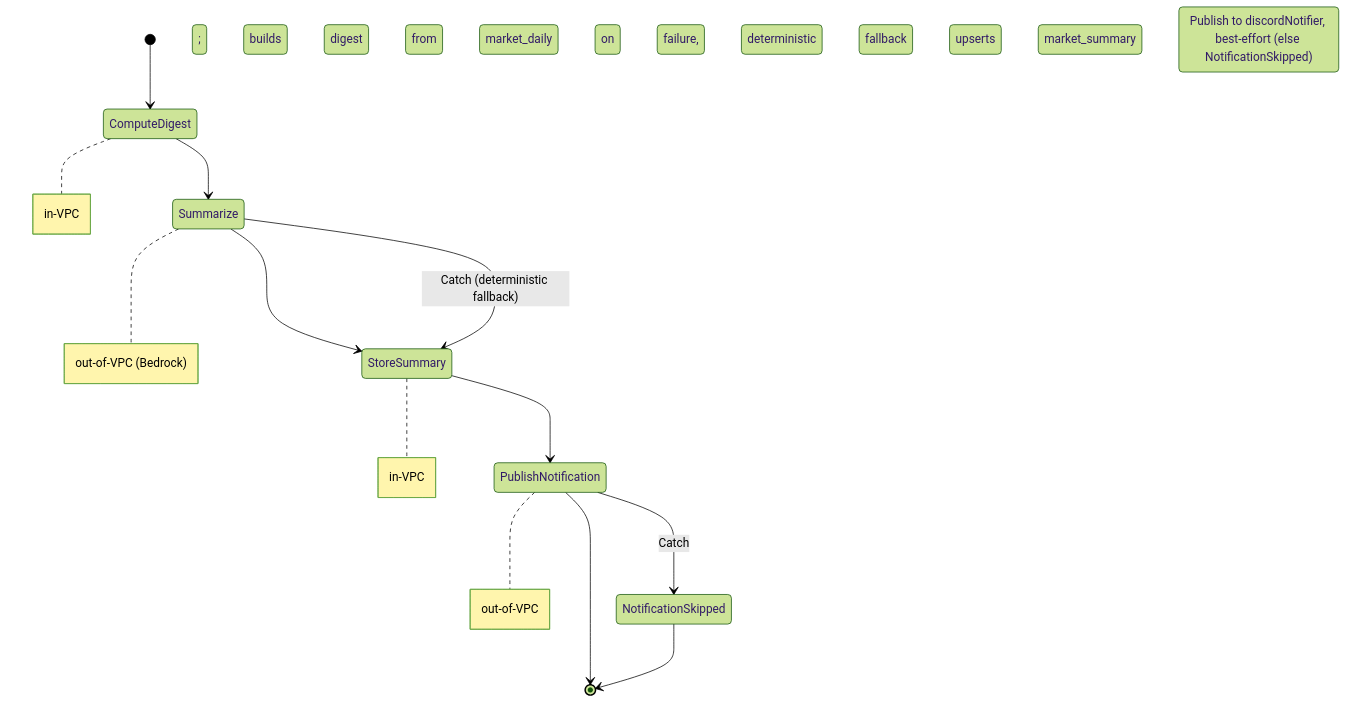
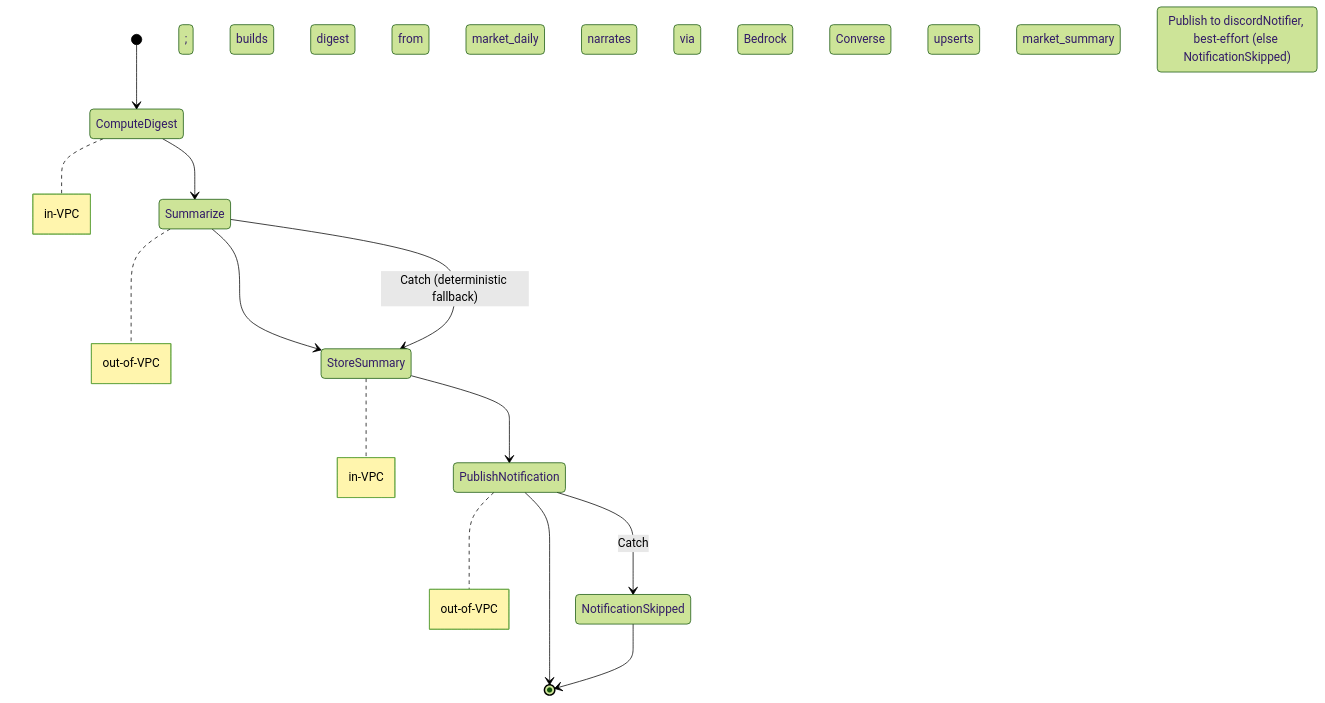
One commit to RyanYCT/bdo-market-insights changed the third of 3 diagrams in docs/architecture.md. Above: the diagram before and after it, drawn with Mermaid (forest theme).

Commit message:
docs: drop redundant fallback text from Summarize note (shown by transition)

````diff
--- a/docs/architecture.md
+++ b/docs/architecture.md
@@ -87,16 +87,16 @@
 ```mermaid
 stateDiagram-v2
     [*] --> ComputeDigest
     ComputeDigest --> Summarize
     Summarize --> StoreSummary
     Summarize --> StoreSummary : Catch (deterministic fallback)
     StoreSummary --> PublishNotification
     PublishNotification --> [*]
     PublishNotification --> NotificationSkipped : Catch
     NotificationSkipped --> [*]
 
     note right of ComputeDigest : in-VPC; builds digest from market_daily
-    note right of Summarize : out-of-VPC (Bedrock); on failure, deterministic fallback
+    note right of Summarize : out-of-VPC; narrates via Bedrock Converse
     note right of StoreSummary : in-VPC; upserts market_summary
     note right of PublishNotification : out-of-VPC; SNS:Publish to discordNotifier, best-effort (else NotificationSkipped)
 ```
````
